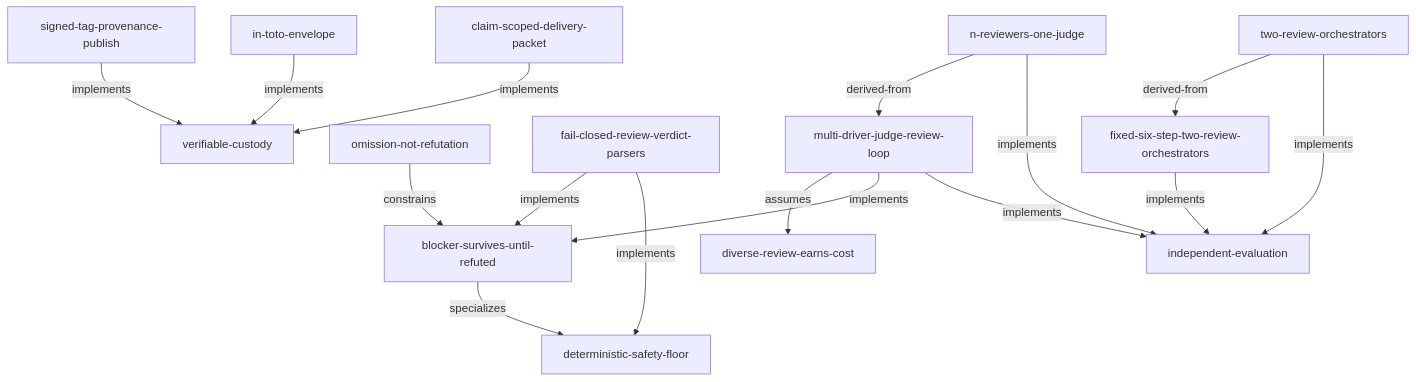
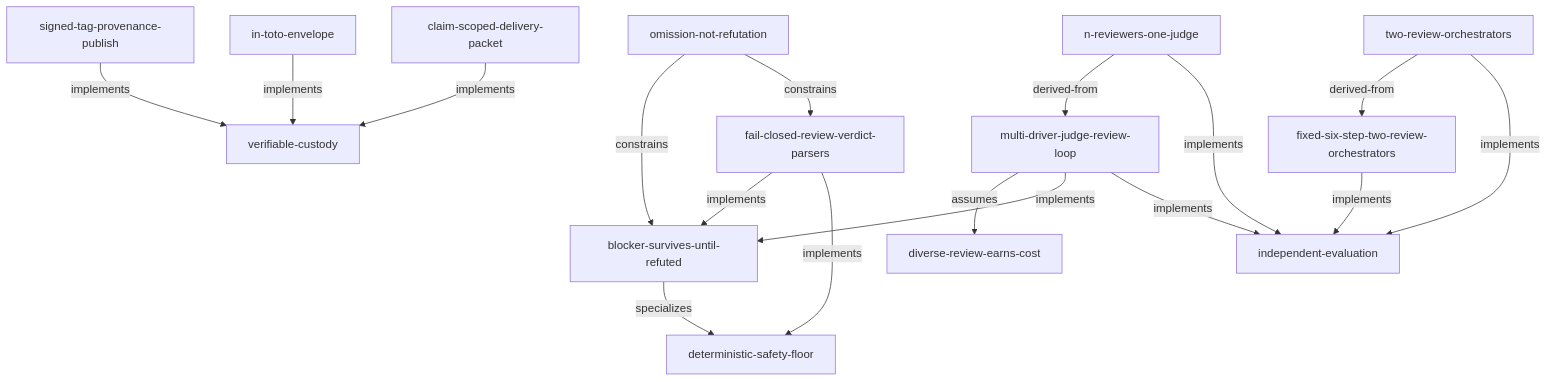
One commit to pelaggio/pelaggio changed the diagram in docs/assurance/generated/review.md. Above: the diagram before and after it, drawn with Mermaid. The commit also changed 3 other files, not shown here.

````diff
--- a/docs/assurance/generated/review.md
+++ b/docs/assurance/generated/review.md
@@ -7,32 +7,33 @@
 ```mermaid
 flowchart TB
   ASM_0002["diverse-review-earns-cost"]
   CLM_0008["verifiable-custody"]
   CLM_0009["blocker-survives-until-refuted"]
   CLM_0016["independent-evaluation"]
   CLM_0019["deterministic-safety-floor"]
   CON_0008["omission-not-refutation"]
   CTR_0002["two-review-orchestrators"]
   CTR_0003["n-reviewers-one-judge"]
   CTR_0012["fail-closed-review-verdict-parsers"]
   DEC_0003["signed-tag-provenance-publish"]
   DEC_0008["in-toto-envelope"]
   DEC_0012["fixed-six-step-two-review-orchestrators"]
   DEC_0014["multi-driver-judge-review-loop"]
   DEC_0020["claim-scoped-delivery-packet"]
   CLM_0009 -->|specializes| CLM_0019
   CON_0008 -->|constrains| CLM_0009
+  CON_0008 -->|constrains| CTR_0012
   CTR_0002 -->|derived-from| DEC_0012
   CTR_0002 -->|implements| CLM_0016
   CTR_0003 -->|derived-from| DEC_0014
   CTR_0003 -->|implements| CLM_0016
   CTR_0012 -->|implements| CLM_0009
   CTR_0012 -->|implements| CLM_0019
   DEC_0003 -->|implements| CLM_0008
   DEC_0008 -->|implements| CLM_0008
   DEC_0012 -->|implements| CLM_0016
   DEC_0014 -->|assumes| ASM_0002
   DEC_0014 -->|implements| CLM_0009
   DEC_0014 -->|implements| CLM_0016
   DEC_0020 -->|implements| CLM_0008
 ```
````
